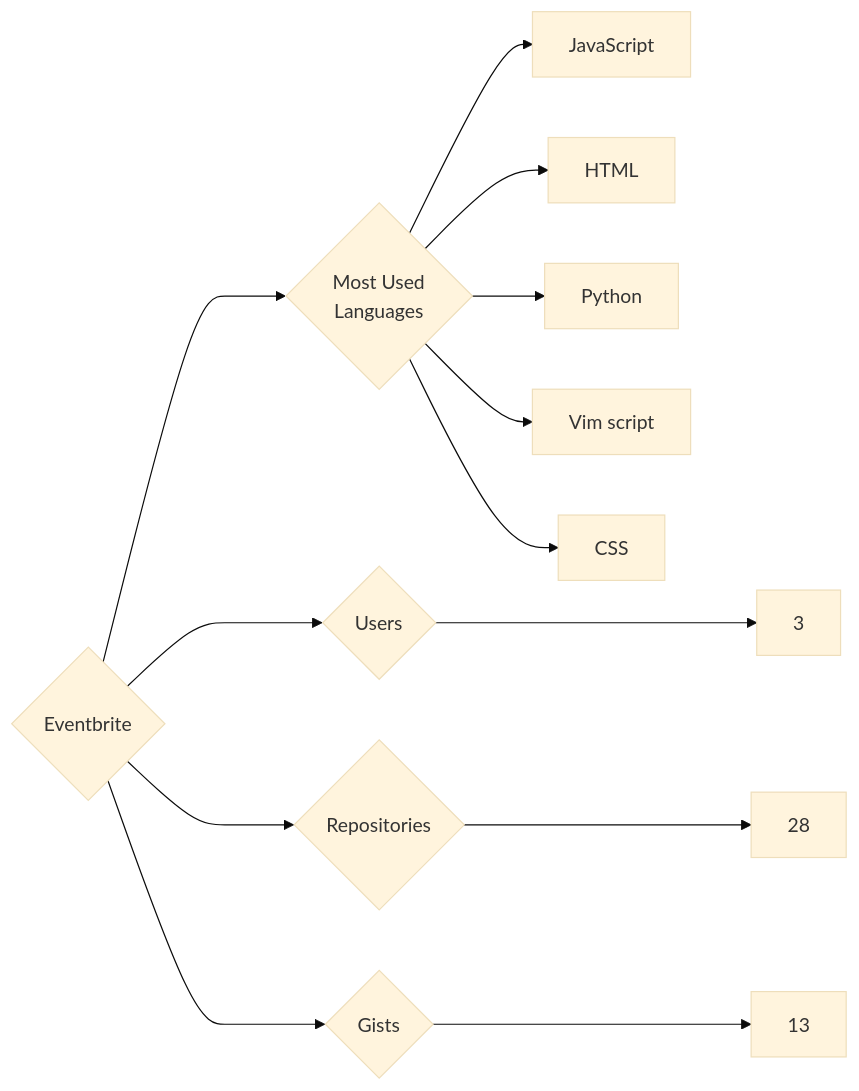
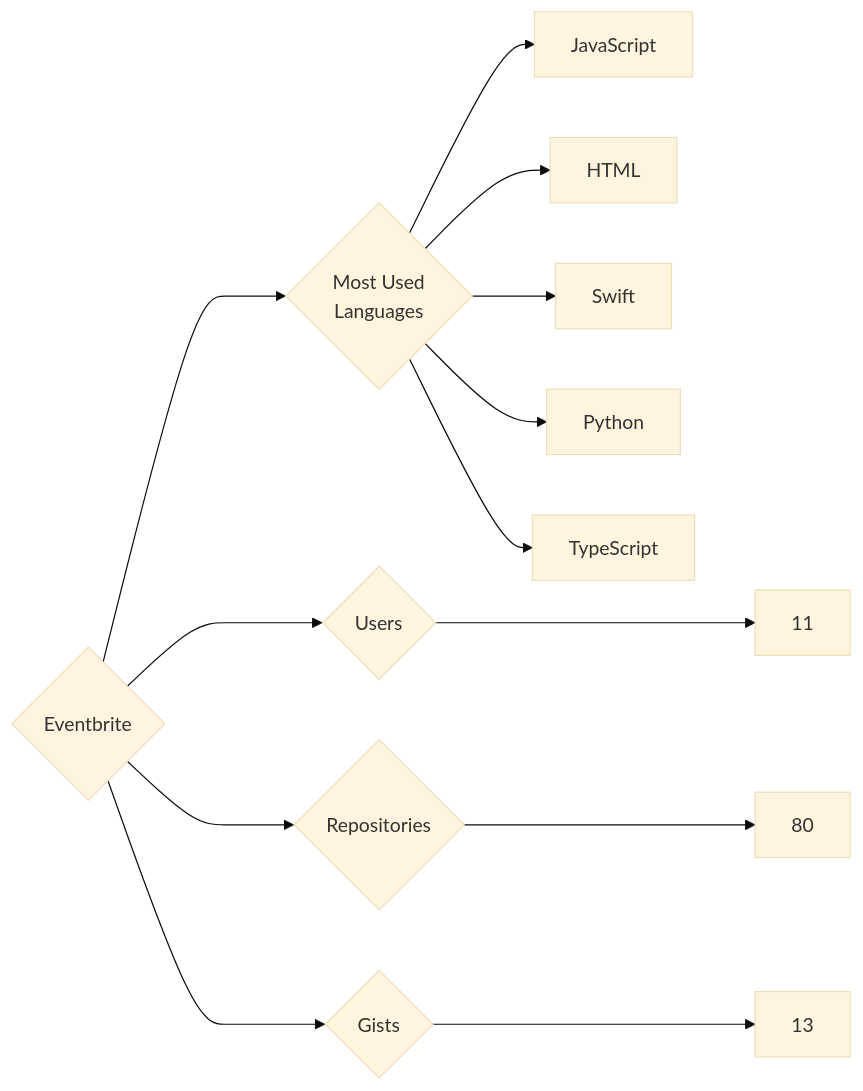
The diagram in targets/Eventbrite/README.md (trickest/insiders), drawn with Mermaid (base theme) before and after one commit. The commit also changed 847 other files, not shown here.

````diff
--- a/targets/Eventbrite/README.md
+++ b/targets/Eventbrite/README.md
@@ -3,13 +3,13 @@
 ```mermaid
 graph LR
 COMPANY_NAME{Eventbrite}
-COMPANY_NAME ---> U{Users} ---> UN[3]
-COMPANY_NAME ---> R{Repositories} ---> RN[28]
+COMPANY_NAME ---> U{Users} ---> UN[11]
+COMPANY_NAME ---> R{Repositories} ---> RN[80]
 COMPANY_NAME ---> G{Gists} ---> GN[13]
 COMPANY_NAME ---> ML{Most Used<br>Languages}
 ML --> JavaScript[JavaScript]
 ML --> HTML[HTML]
+ML --> Swift[Swift]
 ML --> Python[Python]
-ML --> Vim_script[Vim script]
-ML --> CSS[CSS]
+ML --> TypeScript[TypeScript]
 ```
````
